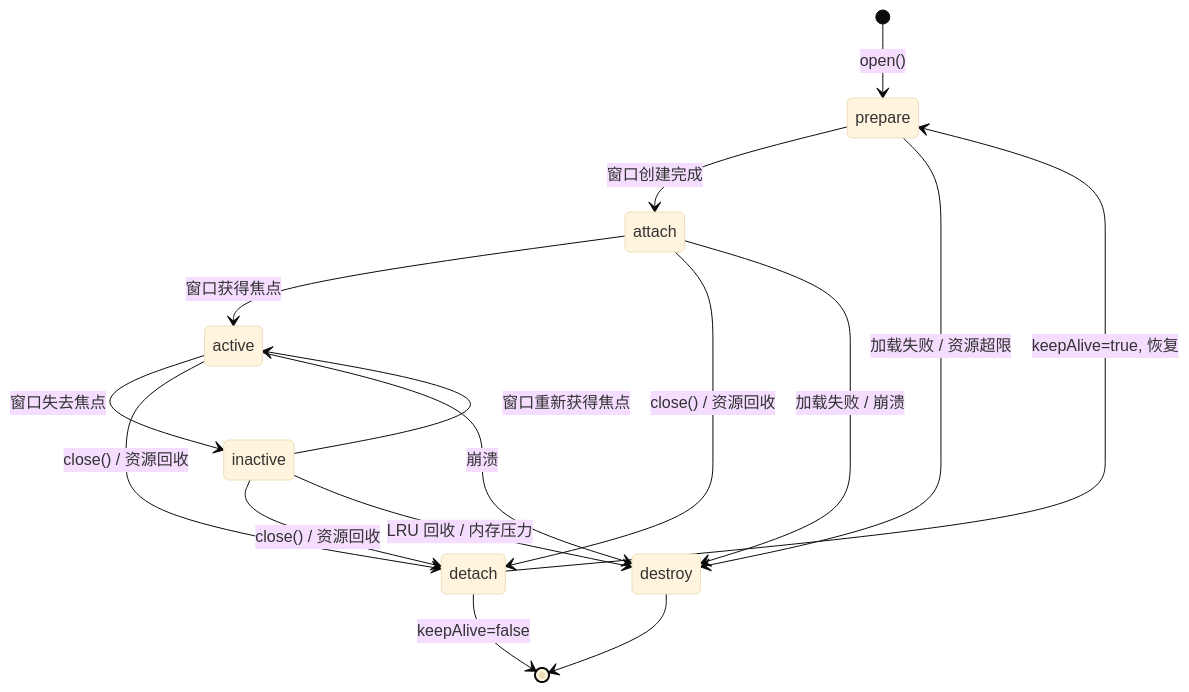
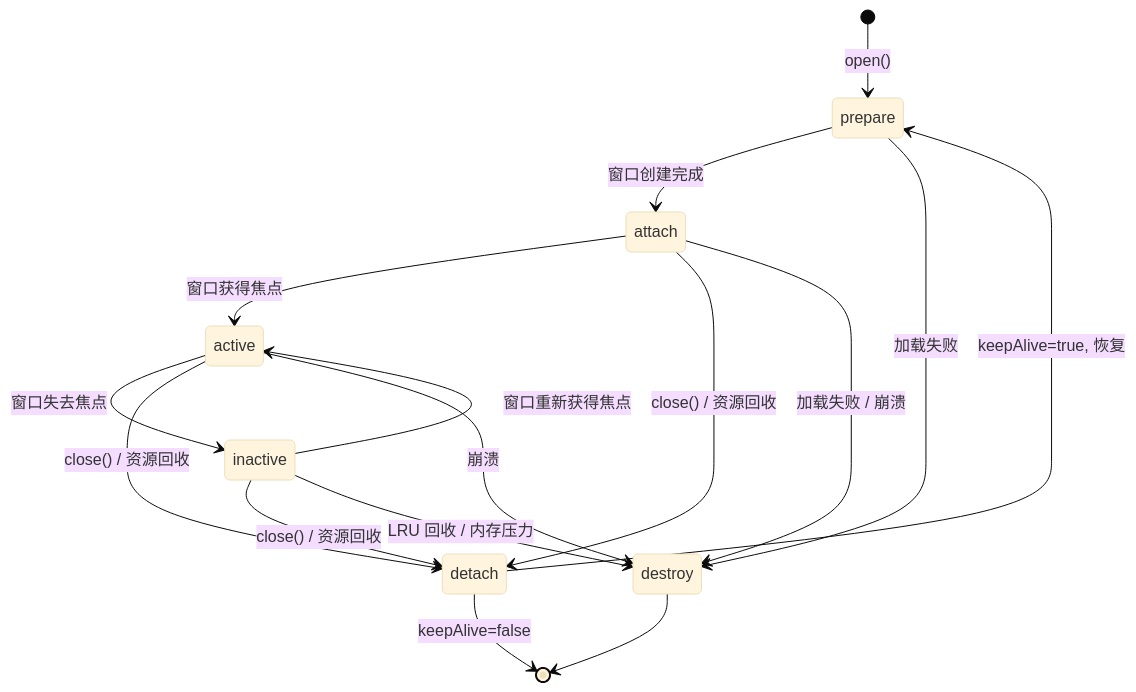
One commit to talex-touch/tuff changed the diagram in apps/nexus/content/docs/dev/api/division-box.zh.mdc. Above: the diagram before and after it, drawn with Mermaid (base theme). The commit also changed other lines of this file and 4 other files, not shown here.

````diff
--- a/apps/nexus/content/docs/dev/api/division-box.zh.mdc
+++ b/apps/nexus/content/docs/dev/api/division-box.zh.mdc
@@ -512,18 +515,18 @@
 ```mermaid
 stateDiagram-v2
     [*] --> prepare: open()
     prepare --> attach: 窗口创建完成
     attach --> active: 窗口获得焦点
     active --> inactive: 窗口失去焦点
     inactive --> active: 窗口重新获得焦点
     inactive --> detach: close() / 资源回收
     active --> detach: close() / 资源回收
     attach --> detach: close() / 资源回收
     detach --> [*]: keepAlive=false
     detach --> prepare: keepAlive=true, 恢复
-    prepare --> destroy: 加载失败 / 资源超限
+    prepare --> destroy: 加载失败
     attach --> destroy: 加载失败 / 崩溃
     active --> destroy: 崩溃
     inactive --> destroy: LRU 回收 / 内存压力
     destroy --> [*]
 ```
````
